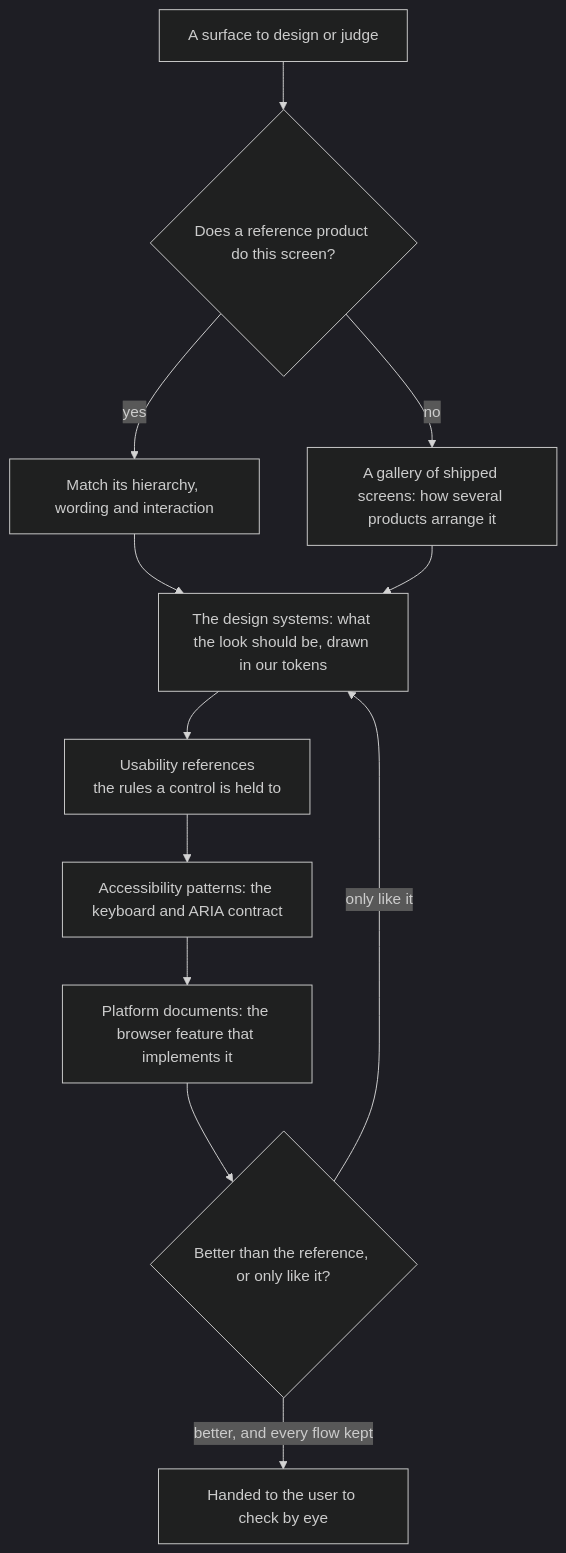
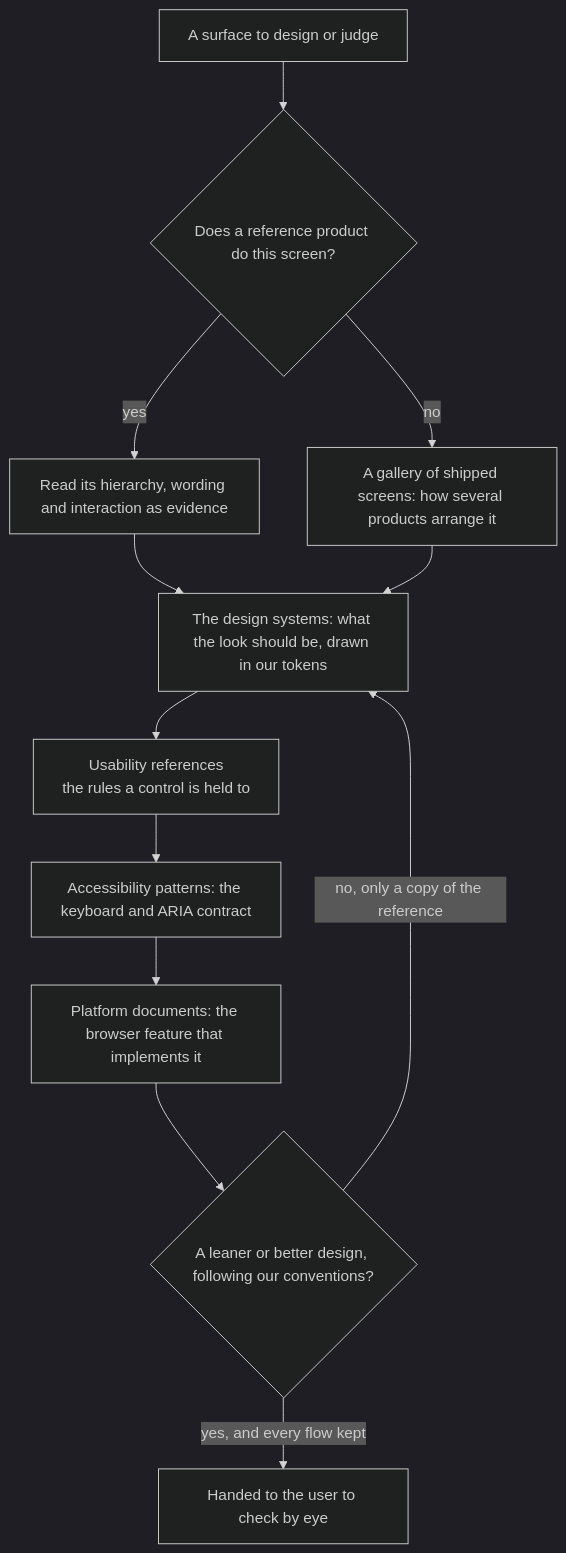
One commit to Esposter/Esposter changed the diagram in openspec/specs/architecture/design-sources/design.md. Above: the diagram before and after it, drawn with Mermaid (dark theme). The commit also changed other lines of this file and 4 other files, not shown here.

First line of the commit message:
docs(openspec): a reference product is evidence, not the goal

````diff
--- a/openspec/specs/architecture/design-sources/design.md
+++ b/openspec/specs/architecture/design-sources/design.md
@@ -9,14 +9,14 @@
 ```mermaid
 flowchart TD
   N[A surface to design or judge] --> R{Does a reference product do this screen?}
-  R -->|yes| RP[Match its hierarchy, wording and interaction]
+  R -->|yes| RP[Read its hierarchy, wording and interaction as evidence]
   R -->|no| G[A gallery of shipped screens: how several products arrange it]
   RP --> D[The design systems: what the look should be, drawn in our tokens]
   G --> D
   D --> B["Usability references<br/>the rules a control is held to"]
   B --> A[Accessibility patterns: the keyboard and ARIA contract]
   A --> P[Platform documents: the browser feature that implements it]
-  P --> C{Better than the reference, or only like it?}
-  C -->|only like it| D
-  C -->|better, and every flow kept| U[Handed to the user to check by eye]
+  P --> C{A leaner or better design, following our conventions?}
+  C -->|no, only a copy of the reference| D
+  C -->|yes, and every flow kept| U[Handed to the user to check by eye]
 ```
````
